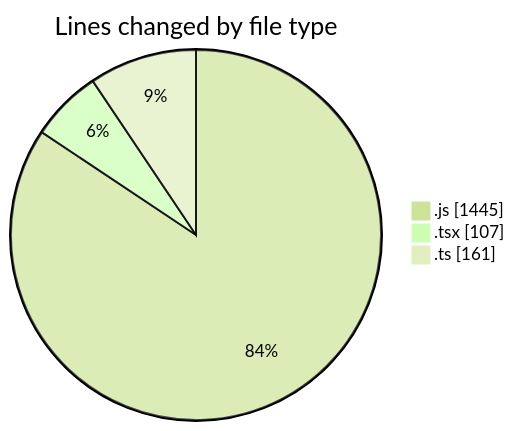
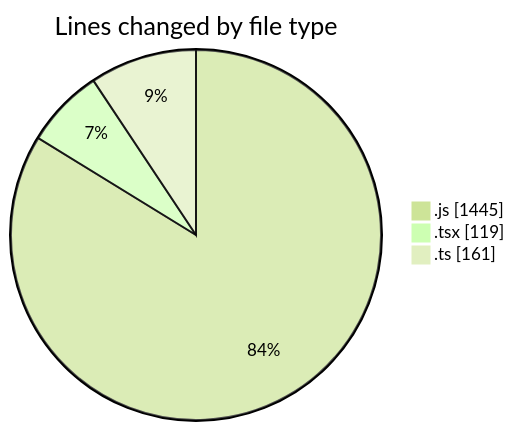
The first of 2 diagrams in 2025-03-13/cda/README.md (momahboobian/code-tracking), drawn with Mermaid (forest theme) before and after one commit. The commit also changed other lines of this file and 1 other file, not shown here.

````diff
--- a/2025-03-13/cda/README.md
+++ b/2025-03-13/cda/README.md
@@ -28,7 +28,7 @@
 ```mermaid
 pie showData
 title Lines changed by file type
 ".js" : 1445
-".tsx" : 107
+".tsx" : 119
 ".ts" : 161
 ```
````
